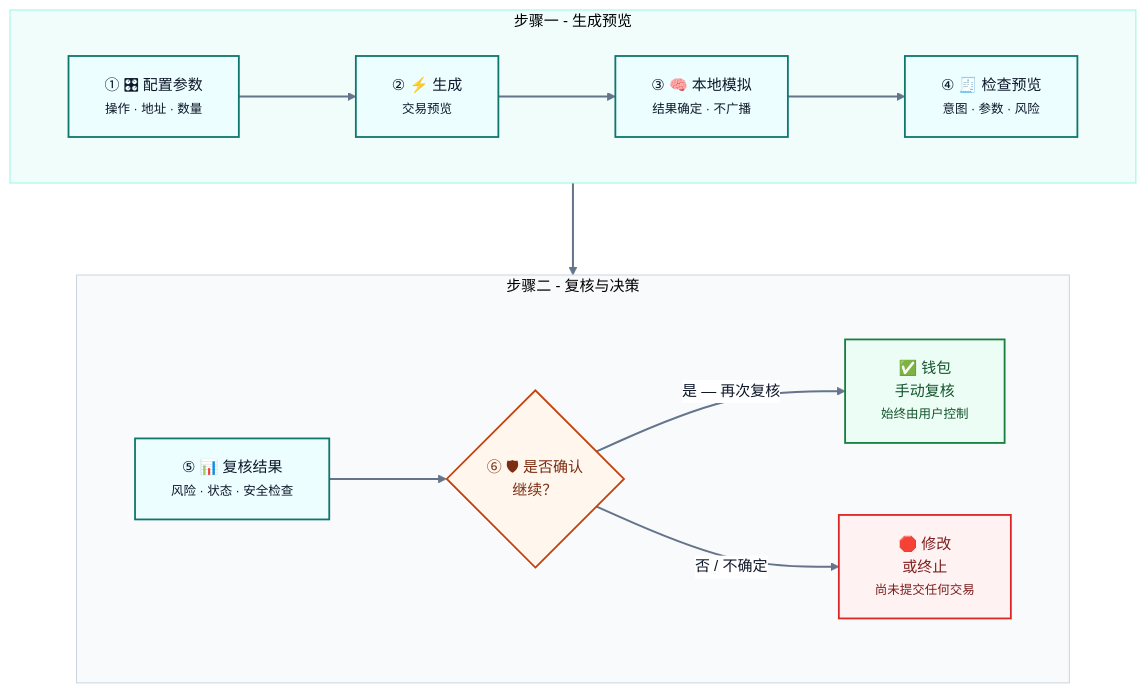
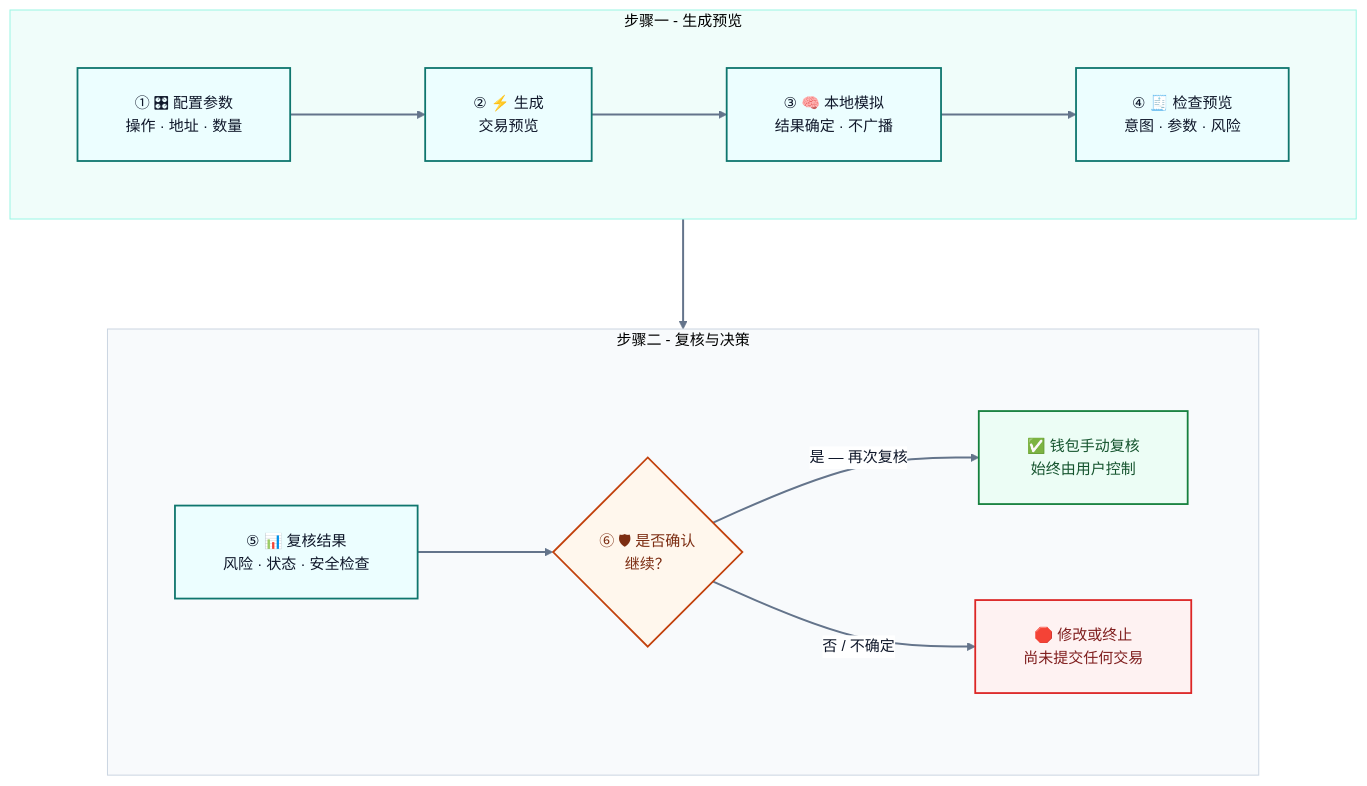
One commit to sunshineluyao/Moss-Mcp-Transaction changed the fifth of 8 diagrams in README.md. Above: the diagram before and after it, drawn with Mermaid. The commit also changed other lines of this file, not shown here.

Commit message:
Fix README visual flow diagram labels

````diff
--- a/README.md
+++ b/README.md
@@ -542,32 +542,32 @@
 ```mermaid
-%%{init: {'theme':'base','flowchart': {'htmlLabels': true, 'nodeSpacing': 72, 'rankSpacing': 92, 'curve': 'basis', 'padding': 18},'themeVariables': {'fontFamily':'Inter, Segoe UI, sans-serif','fontSize':'15px','primaryTextColor':'#0f172a','lineColor':'#64748b','clusterBkg':'#f8fafc','clusterBorder':'#cbd5e1','edgeLabelBackground':'#ffffff','primaryBorderColor':'#2563eb','primaryColor':'#eff6ff'}}}%%
+%%{init: {'theme':'base','flowchart': {'htmlLabels': true, 'nodeSpacing': 96, 'rankSpacing': 110, 'curve': 'basis', 'padding': 24, 'wrappingWidth': 180},'themeVariables': {'fontFamily':'Inter, Segoe UI, sans-serif','fontSize':'15px','primaryTextColor':'#0f172a','lineColor':'#64748b','clusterBkg':'#f8fafc','clusterBorder':'#cbd5e1','edgeLabelBackground':'#ffffff','primaryBorderColor':'#2563eb','primaryColor':'#eff6ff'}}}%%
 flowchart TB
   subgraph R1[步骤一 - 生成预览]
     direction LR
-    A["① 🎛 配置参数<br/><small>操作 · 地址 · 数量</small>"] --> B["② ⚡ 生成<br/><small>交易预览</small>"]
-    B --> C["③ 🧠 本地模拟<br/><small>结果确定 · 不广播</small>"]
-    C --> D["④ 🧾 检查预览<br/><small>意图 · 参数 · 风险</small>"]
+    A["① 🎛 配置参数<br/>操作 · 地址 · 数量"] --> B["② ⚡ 生成<br/>交易预览"]
+    B --> C["③ 🧠 本地模拟<br/>结果确定 · 不广播"]
+    C --> D["④ 🧾 检查预览<br/>意图 · 参数 · 风险"]
   end
 
   subgraph R2[步骤二 - 复核与决策]
     direction LR
-    E["⑤ 📊 复核结果<br/><small>风险 · 状态 · 安全检查</small>"] --> F{"⑥ 🛡 是否确认<br/>继续？"}
-    F -->|是 — 再次复核| G["✅ 钱包<br/>手动复核<br/><small>始终由用户控制</small>"]
-    F -->|否 / 不确定| H["🛑 修改<br/>或终止<br/><small>尚未提交任何交易</small>"]
+    E["⑤ 📊 复核结果<br/>风险 · 状态 · 安全检查"] --> F{"⑥ 🛡 是否确认<br/>继续？"}
+    F -->|是 — 再次复核| G["✅ 钱包手动复核<br/>始终由用户控制"]
+    F -->|否 / 不确定| H["🛑 修改或终止<br/>尚未提交任何交易"]
   end
 
   D --> E
 
   classDef main fill:#ecfeff,stroke:#0f766e,stroke-width:1.8px,color:#0f172a;
   classDef decision fill:#fff7ed,stroke:#c2410c,stroke-width:1.8px,color:#7c2d12;
   classDef success fill:#ecfdf5,stroke:#15803d,stroke-width:1.8px,color:#14532d;
   classDef stop fill:#fef2f2,stroke:#dc2626,stroke-width:1.8px,color:#7f1d1d;
 
   class A,B,C,D,E main;
   class F decision;
   class G success;
   class H stop;
   style R1 fill:#f0fdfa,stroke:#99f6e4,stroke-width:1px
   style R2 fill:#f8fafc,stroke:#cbd5e1,stroke-width:1px
   linkStyle default stroke:#64748b,stroke-width:2px;
 ```
````
